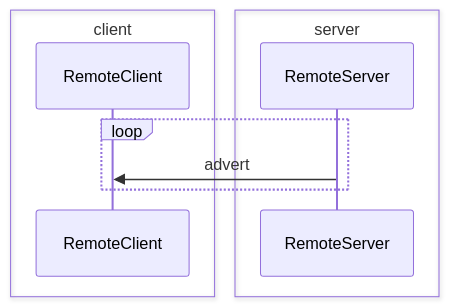
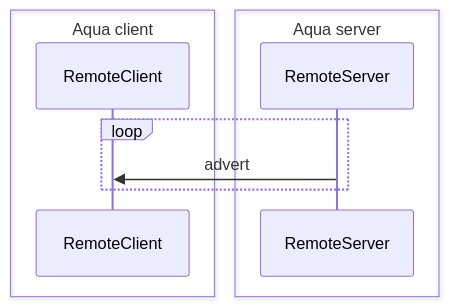
Before and after one commit to jbuehl/homealone: the diagram in docs/README.remote.md, drawn with Mermaid.

Commit message:
Add diagrams

````diff
--- a/docs/README.remote.md
+++ b/docs/README.remote.md
@@ -42,12 +42,12 @@
 ```mermaid
 sequenceDiagram
-	box client
+	box transparent Aqua client
 	participant RemoteClient
 	end
-	box server
+	box transparent Aqua server
 	participant RemoteServer
 	end
 	loop
 		RemoteServer ->> RemoteClient: advert
 	end
 ```
````
